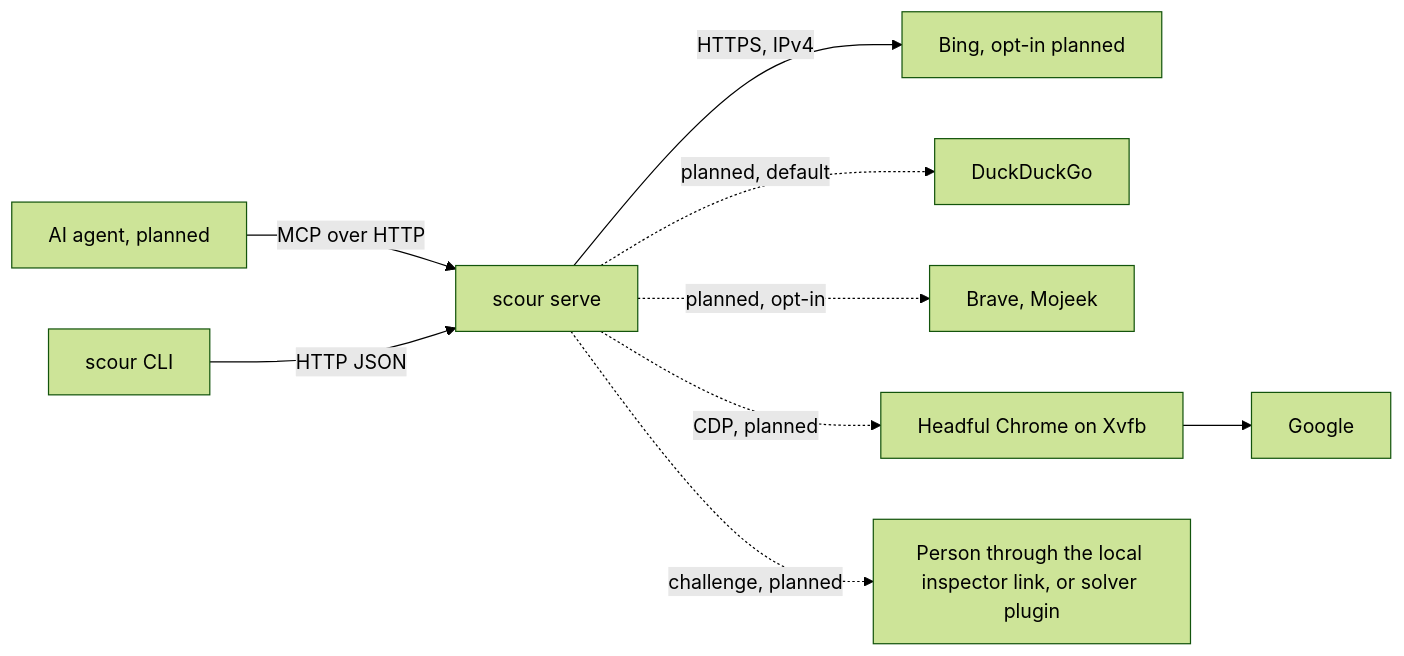
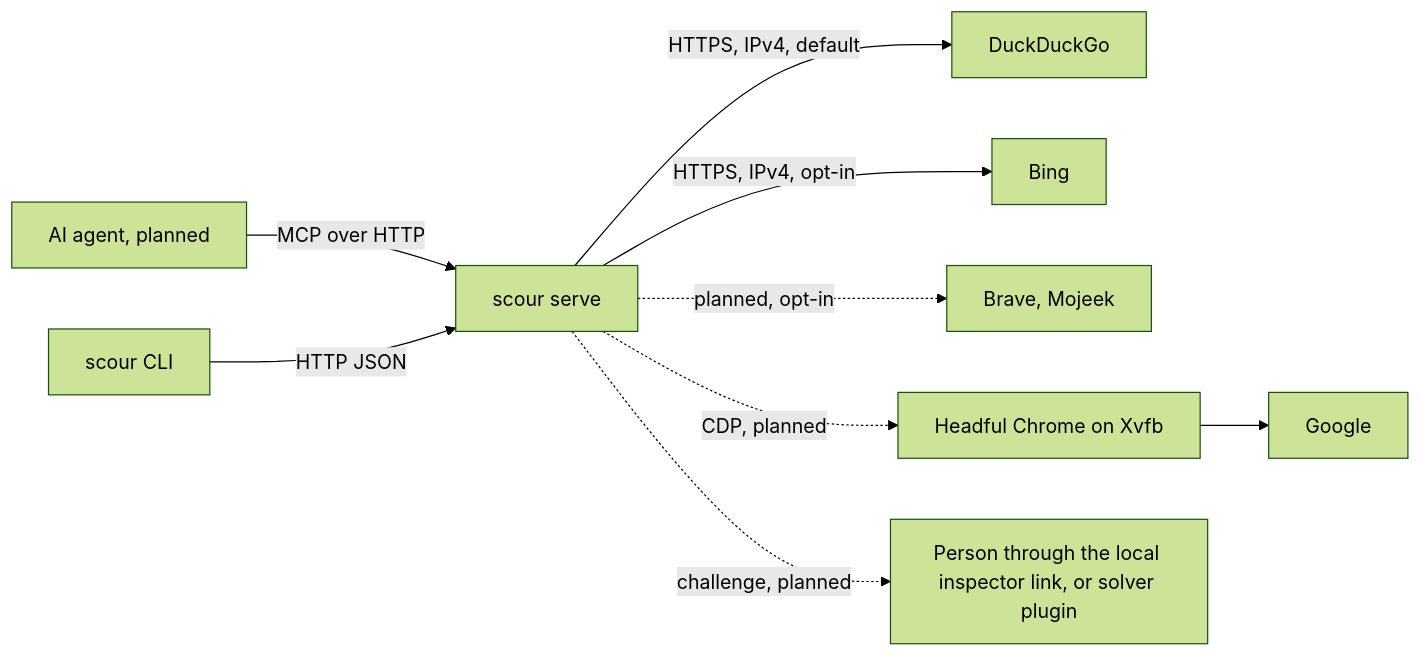
One commit to shantanugoel/scour changed the diagram in docs/architecture.md. Above: the diagram before and after it, drawn with Mermaid (forest theme). The commit also changed other lines of this file and 14 other files, not shown here.

First line of the commit message:
DuckDuckGo default engine, shared Engine struct, and engines config (#22)

````diff
--- a/docs/architecture.md
+++ b/docs/architecture.md
@@ -16,10 +16,10 @@
 ```mermaid
 flowchart LR
   agent[AI agent, planned] -- MCP over HTTP --> d[scour serve]
   cli[scour CLI] -- HTTP JSON --> d
-  d -- HTTPS, IPv4 --> bing[Bing, opt-in planned]
-  d -. planned, default .-> ddg[DuckDuckGo]
+  d -- HTTPS, IPv4, default --> ddg[DuckDuckGo]
+  d -- HTTPS, IPv4, opt-in --> bing[Bing]
   d -. planned, opt-in .-> eng[Brave, Mojeek]
   d -. CDP, planned .-> br[Headful Chrome on Xvfb] --> g[Google]
   d -. challenge, planned .-> sol[Person through the local inspector link, or solver plugin]
 ```
````
